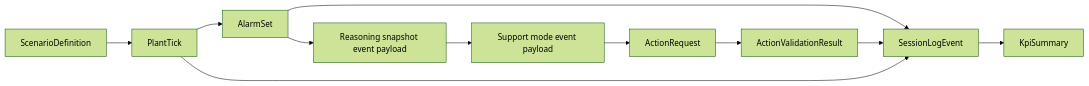
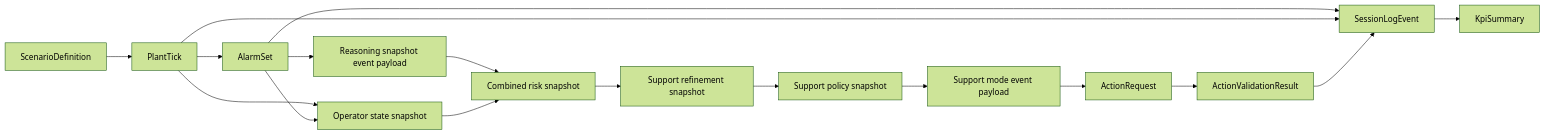
The diagram in docs/aura_module_contracts.md (ihassanrayan-max/aura-idcr), drawn with Mermaid (forest theme) before and after one commit. The commit also changed other lines of this file and 16 other files, not shown here.

First line of the commit message:
Phase 4 Slice 1: assistance modes, support policy, critical visibility

````diff
--- a/docs/aura_module_contracts.md
+++ b/docs/aura_module_contracts.md
@@ -262,13 +398,19 @@
 ```mermaid
 flowchart LR
   ScenarioDefinition --> PlantTick
   PlantTick --> AlarmSet
+  PlantTick --> OperatorStateSnapshot["Operator state snapshot"]
+  AlarmSet --> OperatorStateSnapshot
   AlarmSet --> SessionLogEvent
   PlantTick --> SessionLogEvent
   AlarmSet --> ReasoningSnapshot["Reasoning snapshot event payload"]
-  ReasoningSnapshot --> SupportState["Support mode event payload"]
+  ReasoningSnapshot --> CombinedRiskSnapshot["Combined risk snapshot"]
+  OperatorStateSnapshot --> CombinedRiskSnapshot
+  CombinedRiskSnapshot --> SupportRefinementSnapshot["Support refinement snapshot"]
+  SupportRefinementSnapshot --> SupportPolicySnapshot["Support policy snapshot"]
+  SupportPolicySnapshot --> SupportState["Support mode event payload"]
   SupportState --> ActionRequest
   ActionRequest --> ActionValidationResult
   ActionValidationResult --> SessionLogEvent
   SessionLogEvent --> KpiSummary
 ```
````
